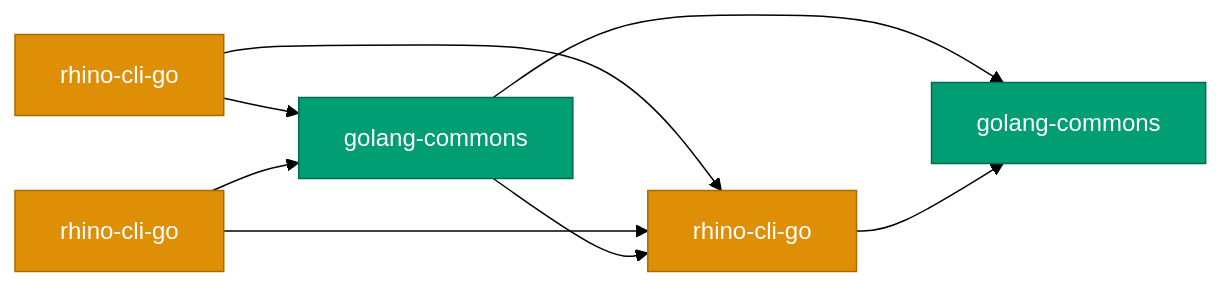
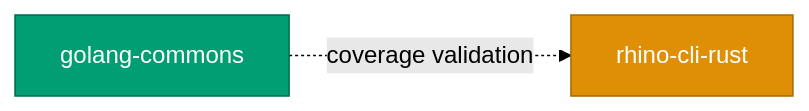
Before and after one commit to wahidyankf/ose-primer: the first of 3 diagrams in docs/reference/project-dependency-graph.md, drawn with Mermaid (forest theme). The commit also changed other lines of this file and 409 other files, not shown here.

First line of the commit message:
refactor(rhino-cli)!: remove Go implementation and dual-impl parity

````diff
--- a/docs/reference/project-dependency-graph.md
+++ b/docs/reference/project-dependency-graph.md
@@ -60,19 +60,10 @@
 ```mermaid
 graph LR
-  AKC[rhino-cli-go]:::cli
-  OPC[rhino-cli-go]:::cli
-  RC[rhino-cli-go]:::cli
-  HC[golang-commons]:::lib
+  RC[rhino-cli-rust]:::cli
   GC[golang-commons]:::lib
 
-  AKC --> HC
-  AKC --> RC
-  OPC --> HC
-  OPC --> RC
-  HC --> RC
-  HC --> GC
-  RC --> GC
+  GC -.->|coverage validation| RC
 
   classDef lib fill:#029E73,stroke:#016B4E,color:#FFFFFF
   classDef cli fill:#DE8F05,stroke:#A56A04,color:#FFFFFF
 ```
````
